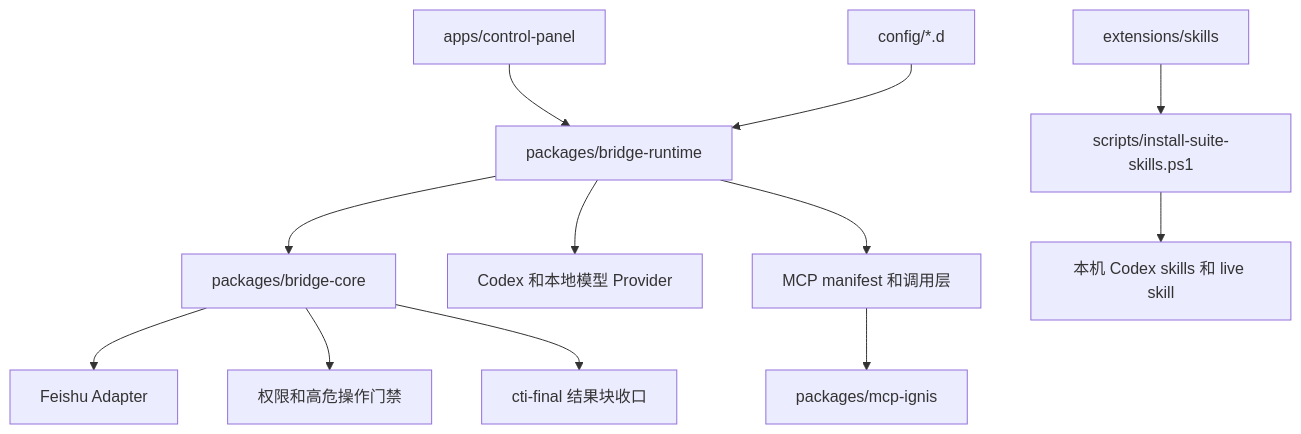
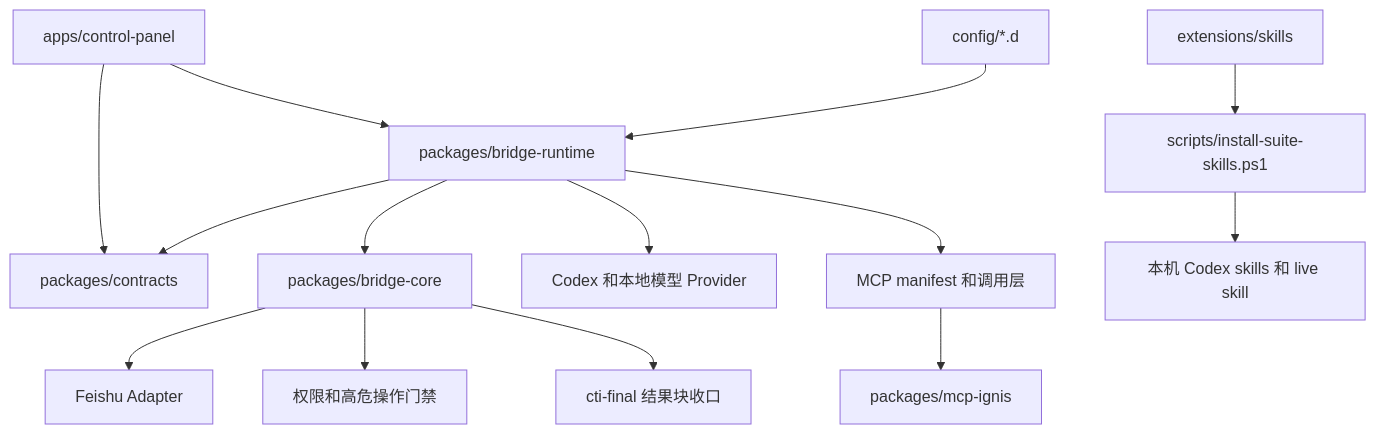
The second of 8 diagrams in docs/PROJECT-ARCHITECTURE.md (dddfuxi/codex-im-suite), drawn with Mermaid before and after one commit. The commit also changed other lines of this file and 111 other files, not shown here.

````diff
--- a/docs/PROJECT-ARCHITECTURE.md
+++ b/docs/PROJECT-ARCHITECTURE.md
@@ -51,14 +54,16 @@
 ```mermaid
 flowchart TD
   Panel[apps/control-panel] --> Runtime[packages/bridge-runtime]
+  Panel --> Contracts[packages/contracts]
+  Runtime --> Contracts
   Runtime --> Core[packages/bridge-core]
   Runtime --> ProviderLayer[Codex 和本地模型 Provider]
   Runtime --> McpLayer[MCP manifest 和调用层]
   McpLayer --> IgnisPackage[packages/mcp-ignis]
   Core --> FeishuAdapter[Feishu Adapter]
   Core --> PermissionBroker[权限和高危操作门禁]
   Core --> ReplyEnvelope[cti-final 结果块收口]
   Config[config/*.d] --> Runtime
   Extensions[extensions/skills] --> Scripts[scripts/install-suite-skills.ps1]
   Scripts --> CodexSkills[本机 Codex skills 和 live skill]
 ```
````
